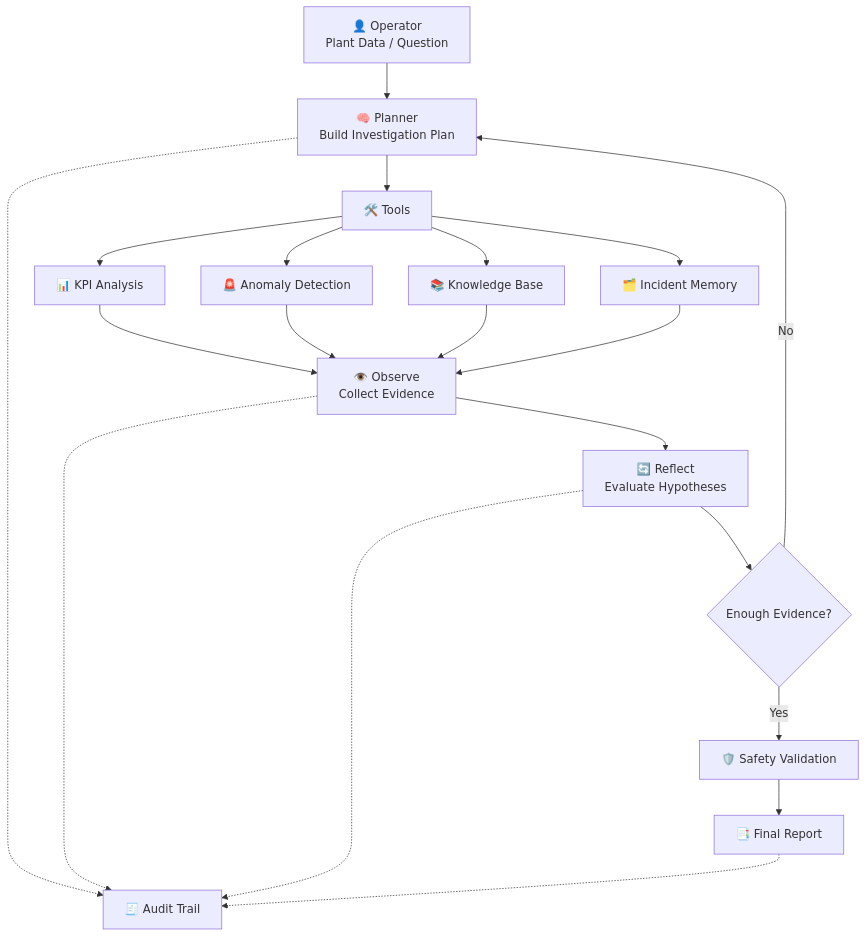
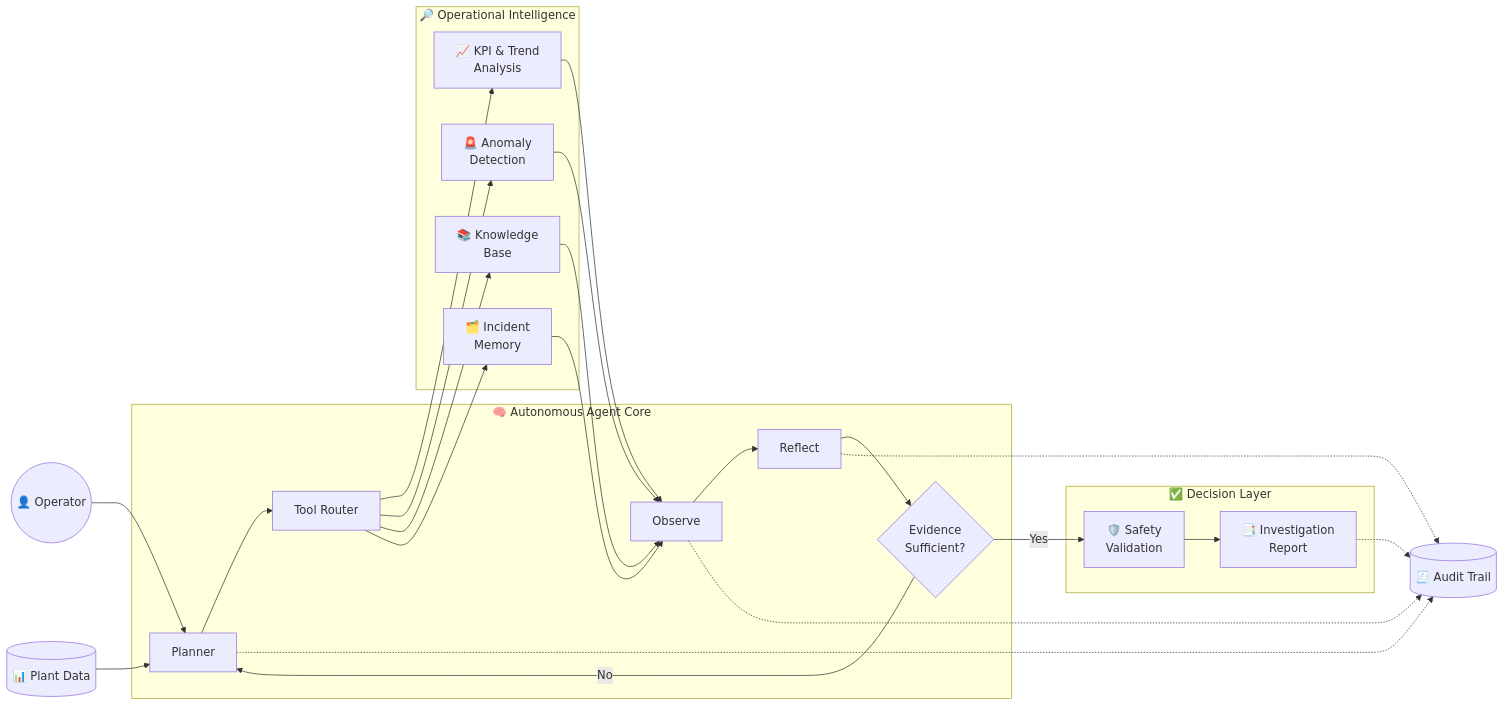
Before and after one commit to xmohamedtariq/AquaMindAI-Agent: the diagram in README.md, drawn with Mermaid. The commit also changed other lines of this file, not shown here.

````diff
--- a/README.md
+++ b/README.md
@@ -39,39 +39,54 @@
 ```mermaid
-flowchart TD
-    U["👤 Operator<br/>Plant Data / Question"]
-    P["🧠 Planner<br/>Build Investigation Plan"]
+flowchart LR
 
-    T["🛠️ Tools"]
-    K["📊 KPI Analysis"]
-    A["🚨 Anomaly Detection"]
-    B["📚 Knowledge Base"]
-    M["🗂️ Incident Memory"]
+    U((👤 Operator))
+    DATA[(📊 Plant Data)]
 
-    O["👁️ Observe<br/>Collect Evidence"]
-    R["🔄 Reflect<br/>Evaluate Hypotheses"]
-    D{"Enough Evidence?"}
-    S["🛡️ Safety Validation"]
-    F["📑 Final Report"]
-    L["🧾 Audit Trail"]
+    subgraph CORE["🧠 Autonomous Agent Core"]
+        P["Planner"]
+        T["Tool Router"]
+        O["Observe"]
+        R["Reflect"]
+        D{"Evidence<br/>Sufficient?"}
 
-    U --> P --> T
+        P --> T
+        O --> R
+        R --> D
+        D -- "No" --> P
+    end
 
-    T --> K
-    T --> A
-    T --> B
-    T --> M
+    subgraph INTEL["🔎 Operational Intelligence"]
+        KPI["📈 KPI & Trend<br/>Analysis"]
+        ANO["🚨 Anomaly<br/>Detection"]
+        KB["📚 Knowledge<br/>Base"]
+        MEM["🗂️ Incident<br/>Memory"]
+    end
 
-    K --> O
-    A --> O
-    B --> O
-    M --> O
+    subgraph OUTPUT["✅ Decision Layer"]
+        SAFE["🛡️ Safety<br/>Validation"]
+        REPORT["📑 Investigation<br/>Report"]
+    end
 
-    O --> R --> D
-    D -- No --> P
-    D -- Yes --> S --> F
+    U --> P
+    DATA --> P
 
-    P -.-> L
-    O -.-> L
-    R -.-> L
-    F -.-> L
+    T --> KPI
+    T --> ANO
+    T --> KB
+    T --> MEM
+
+    KPI --> O
+    ANO --> O
+    KB --> O
+    MEM --> O
+
+    D -- "Yes" --> SAFE
+    SAFE --> REPORT
+
+    AUDIT[("🧾 Audit Trail")]
+
+    P -.-> AUDIT
+    O -.-> AUDIT
+    R -.-> AUDIT
+    REPORT -.-> AUDIT
 ```
````
